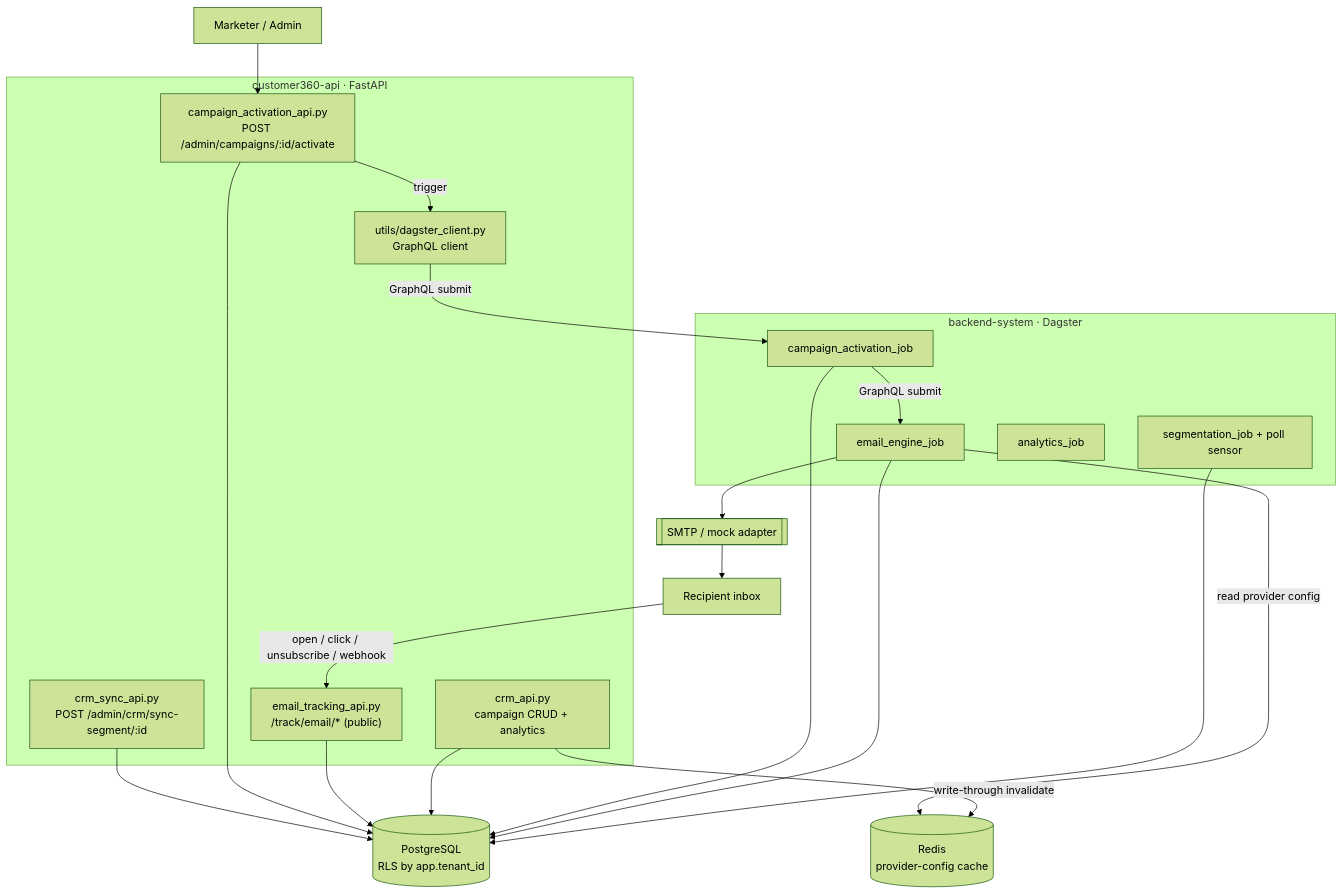
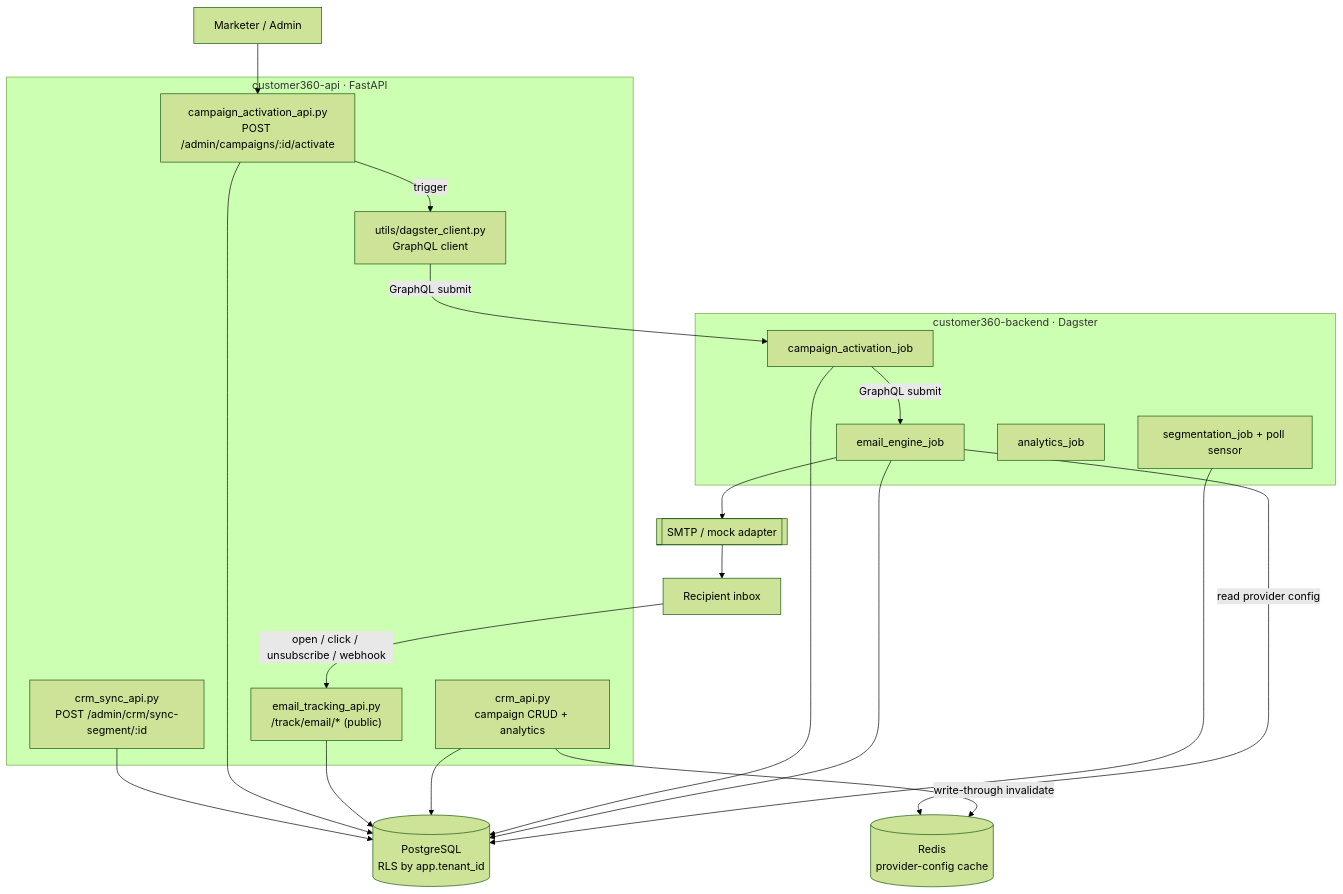
One commit to LEO-CDP/leo-customer360 changed the second of 6 diagrams in customer360-api/docs/SCRUM-92-agentic-email-marketing-code-flow.md. Above: the diagram before and after it, drawn with Mermaid (forest theme). The commit also changed other lines of this file and 237 other files, not shown here.

Commit message:
refactoring, rename backend-system to customer360-backend

````diff
--- a/customer360-api/docs/SCRUM-92-agentic-email-marketing-code-flow.md
+++ b/customer360-api/docs/SCRUM-92-agentic-email-marketing-code-flow.md
@@ -77,38 +77,38 @@
 ```mermaid
 flowchart TB
   Admin["Marketer / Admin"]
   subgraph API["customer360-api · FastAPI"]
     R2["campaign_activation_api.py<br/>POST /admin/campaigns/:id/activate"]
     R1["crm_sync_api.py<br/>POST /admin/crm/sync-segment/:id"]
     R3["email_tracking_api.py<br/>/track/email/* (public)"]
     R4["crm_api.py<br/>campaign CRUD + analytics"]
     DCL["utils/dagster_client.py<br/>GraphQL client"]
   end
-  subgraph BE["backend-system · Dagster"]
+  subgraph BE["customer360-backend · Dagster"]
     J1["campaign_activation_job"]
     J2["email_engine_job"]
     J3["segmentation_job + poll sensor"]
     J4["analytics_job"]
   end
   DB[("PostgreSQL<br/>RLS by app.tenant_id")]
   RS[("Redis<br/>provider-config cache")]
   ESP[["SMTP / mock adapter"]]
   INBOX["Recipient inbox"]
 
   Admin --> R2
   R2 -->|"trigger"| DCL
   DCL -->|"GraphQL submit"| J1
   J1 -->|"GraphQL submit"| J2
   J2 --> ESP
   ESP --> INBOX
   INBOX -->|"open / click / unsubscribe / webhook"| R3
   R1 --> DB
   R2 --> DB
   R3 --> DB
   R4 --> DB
   J1 --> DB
   J2 --> DB
   J3 --> DB
   J2 -->|"read provider config"| RS
   R4 -->|"write-through invalidate"| RS
 ```
````
